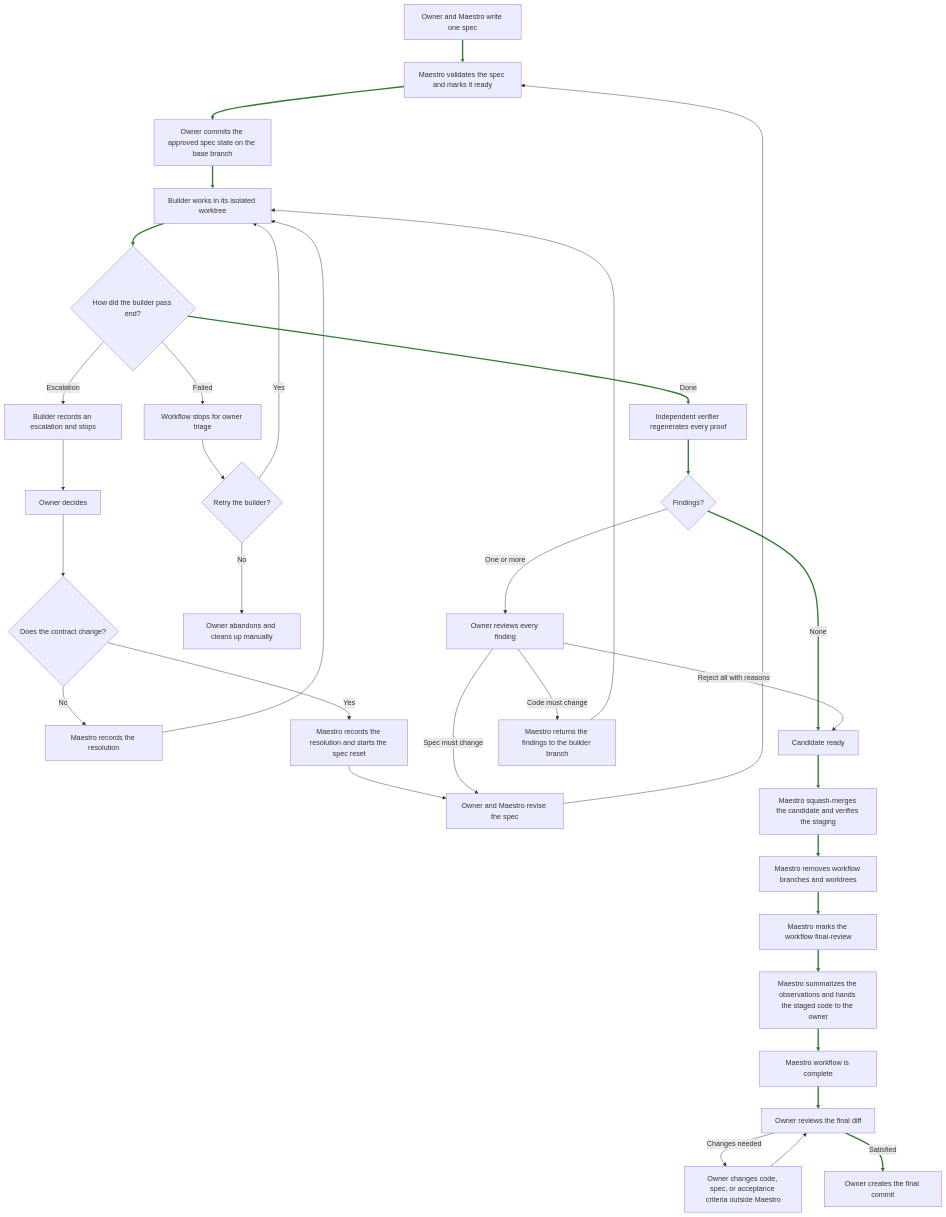
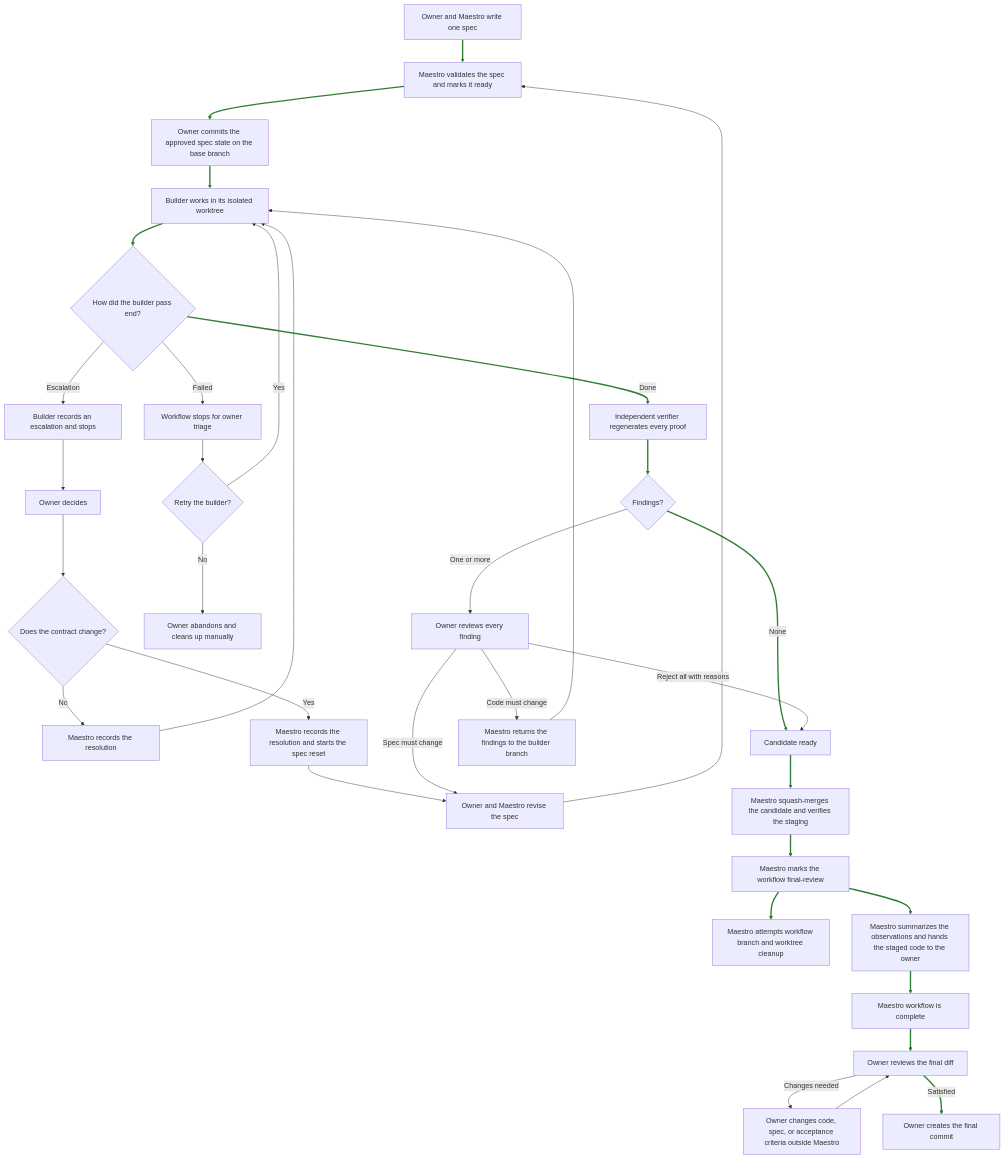
One commit to emilioSp/pi-maestro changed the diagram in plan.md. Above: the diagram before and after it, drawn with Mermaid. The commit also changed other lines of this file and 34 other files, not shown here.

````diff
--- a/plan.md
+++ b/plan.md
@@ -835,52 +835,52 @@
 ```mermaid
 flowchart TD
     spec[Owner and Maestro write one spec]
     ready[Maestro validates the spec and marks it ready]
     approval[Owner commits the approved spec state on the base branch]
     build[Builder works in its isolated worktree]
     buildOutcome{How did the builder pass end?}
 
     spec --> ready
     ready --> approval
     approval --> build
     build --> buildOutcome
 
     buildOutcome -->|Escalation| escalation[Builder records an escalation and stops]
     escalation --> ownerAnswer[Owner decides]
     ownerAnswer --> escalationOutcome{Does the contract change?}
     escalationOutcome -->|No| recordContinue[Maestro records the resolution]
     recordContinue --> build
     escalationOutcome -->|Yes| recordRevision[Maestro records the resolution and starts the spec reset]
     recordRevision --> reviseSpec
 
     buildOutcome -->|Failed| builderFailed[Workflow stops for owner triage]
     builderFailed --> retryBuilder{Retry the builder?}
     retryBuilder -->|Yes| build
     retryBuilder -->|No| manualAbandon[Owner abandons and cleans up manually]
 
     buildOutcome -->|Done| verify[Independent verifier regenerates every proof]
     verify --> findings{Findings?}
 
     findings -->|None| candidate[Candidate ready]
     findings -->|One or more| ownerFindings[Owner reviews every finding]
 
     ownerFindings -->|Reject all with reasons| candidate
     ownerFindings -->|Code must change| returnBuilder[Maestro returns the findings to the builder branch]
     returnBuilder --> build
 
     ownerFindings -->|Spec must change| reviseSpec[Owner and Maestro revise the spec]
     reviseSpec --> ready
 
     candidate --> staged[Maestro squash-merges the candidate and verifies the staging]
-    staged --> cleanup[Maestro removes workflow branches and worktrees]
-    cleanup --> finalState[Maestro marks the workflow final-review]
+    staged --> finalState[Maestro marks the workflow final-review]
+    finalState --> cleanup[Maestro attempts workflow branch and worktree cleanup]
     finalState --> finalSummary[Maestro summarizes the observations and hands the staged code to the owner]
     finalSummary --> workflowDone[Maestro workflow is complete]
     workflowDone --> humanReview[Owner reviews the final diff]
 
     humanReview -->|Changes needed| adjust[Owner changes code, spec, or acceptance criteria outside Maestro]
     adjust --> humanReview
     humanReview -->|Satisfied| finalCommit[Owner creates the final commit]
 
     linkStyle 0,1,2,3,15,16,17,24,25,26,27,28,29,32 stroke:#2e7d32,stroke-width:3px
 ```
````
